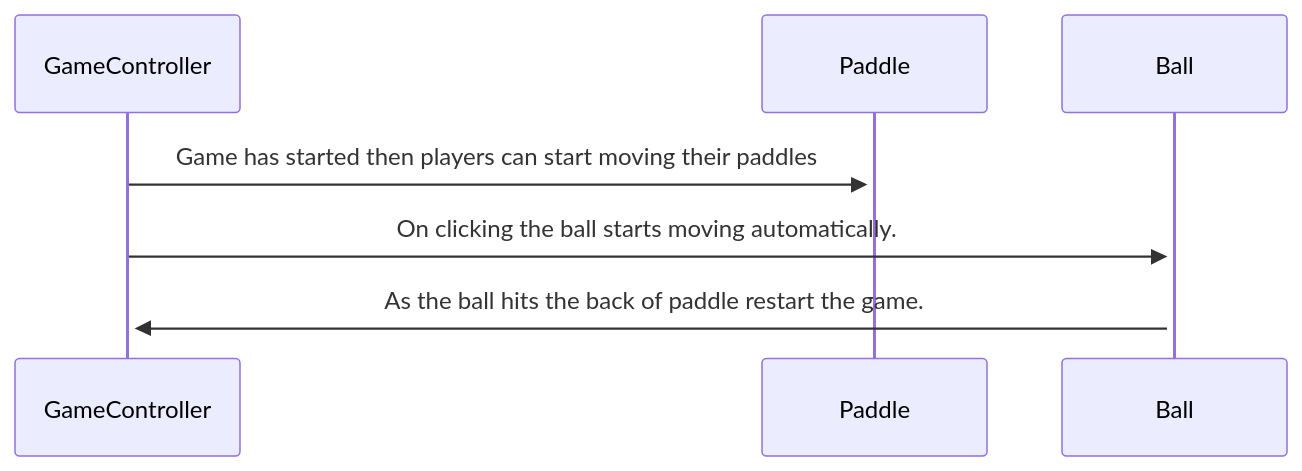
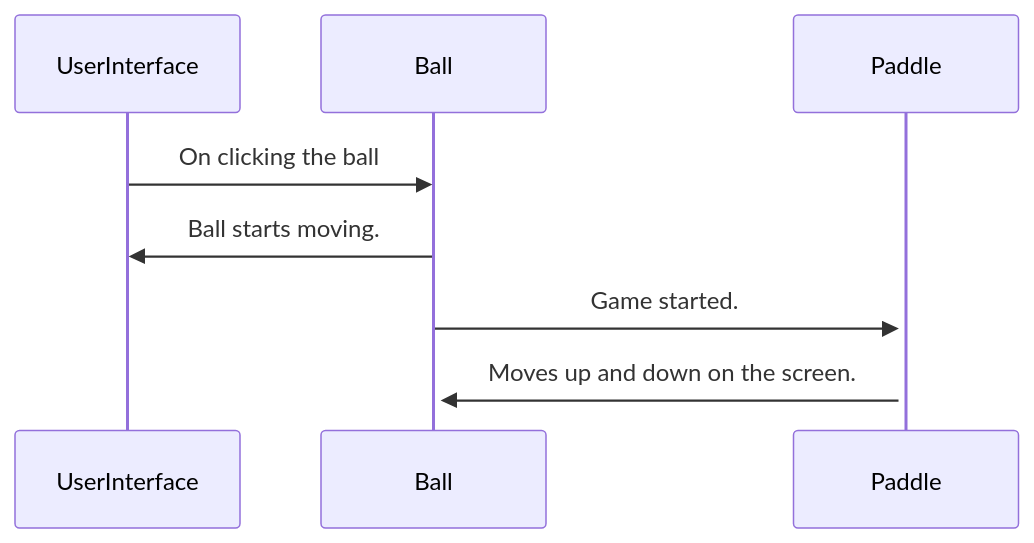
Before and after one commit to Engin-Boot/pong-stage-anjalimnnit: the second of 3 diagrams in Stage0/sequence-start.md, drawn with Mermaid. The commit also changed other lines of this file and 4 other files, not shown here.

Commit message:
updated sequence diagram

````diff
--- a/Stage0/sequence-start.md
+++ b/Stage0/sequence-start.md
@@ -13,6 +20,7 @@
 ```mermaid
 sequenceDiagram
-GameController->>+Paddle: Game has started then players can start moving their paddles
-GameController->>+Ball: On clicking the ball starts moving automatically.
-Ball->>+GameController: As the ball hits the back of paddle restart the game.
+UserInterface->>Ball: On clicking the ball
+Ball->>UserInterface : Ball starts moving.
+Ball->>+Paddle: Game started.
+Paddle->>+Ball: Moves up and down on the screen.
 ```
````
